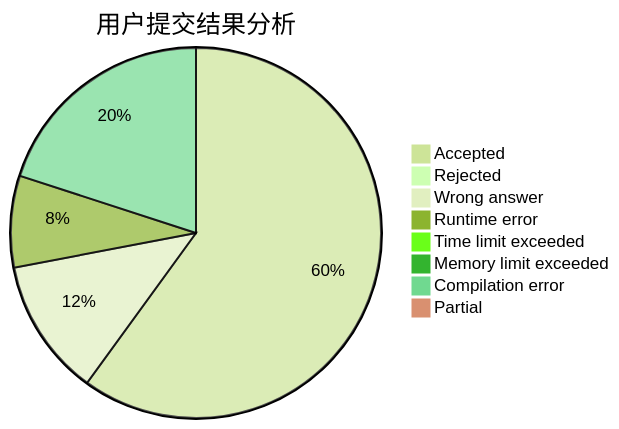
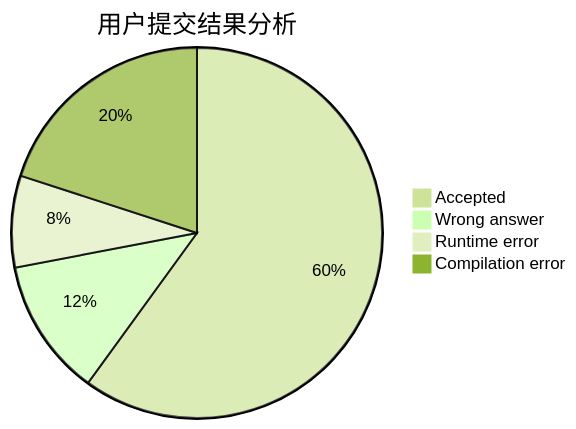
Before and after one commit to sherpahu/cfrs.github.io: the first of 3 diagrams in docs/user/u1866.md, drawn with Mermaid (forest theme). The commit also changed 2770 other files, not shown here.

````diff
--- a/docs/user/u1866.md
+++ b/docs/user/u1866.md
@@ -5,11 +5,7 @@
 ```mermaid
 pie title 用户提交结果分析
     "Accepted" :  30
-    "Rejected" :  0
     "Wrong answer" :  6
     "Runtime error" :  4
-    "Time limit exceeded" :  0
-    "Memory limit exceeded" :  0
     "Compilation error" :  10
-    "Partial" :  0
 ```
````
